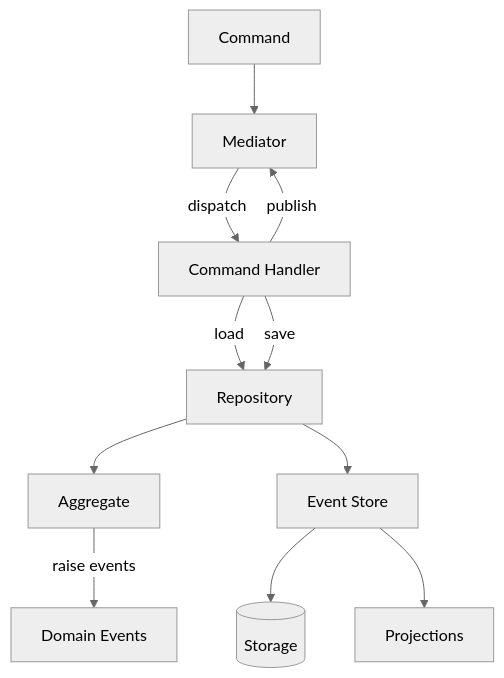
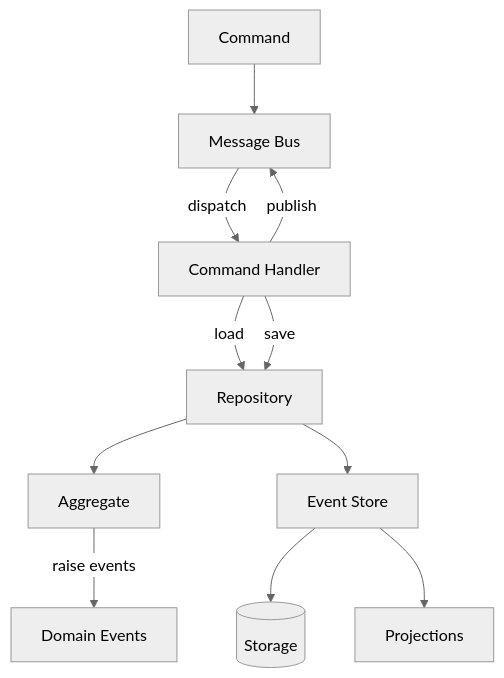
One commit to waku-py/waku changed the diagram in docs/features/eventsourcing/index.md. Above: the diagram before and after it, drawn with Mermaid (neutral theme). The commit also changed other lines of this file and 131 other files, not shown here.

````diff
--- a/docs/features/eventsourcing/index.md
+++ b/docs/features/eventsourcing/index.md
@@ -86,13 +86,13 @@
 ```mermaid
 graph TD
-    CMD[Command] --> Mediator[Mediator]
-    Mediator -->|dispatch| Handler[Command Handler]
+    CMD[Command] --> Bus[Message Bus]
+    Bus -->|dispatch| Handler[Command Handler]
     Handler -->|load| Repo[Repository]
     Repo --> Agg[Aggregate]
     Agg -->|raise events| Events[Domain Events]
     Handler -->|save| Repo
     Repo --> Store[Event Store]
     Store --> DB[(Storage)]
     Store --> Proj[Projections]
-    Handler -->|publish| Mediator
+    Handler -->|publish| Bus
 ```
````
